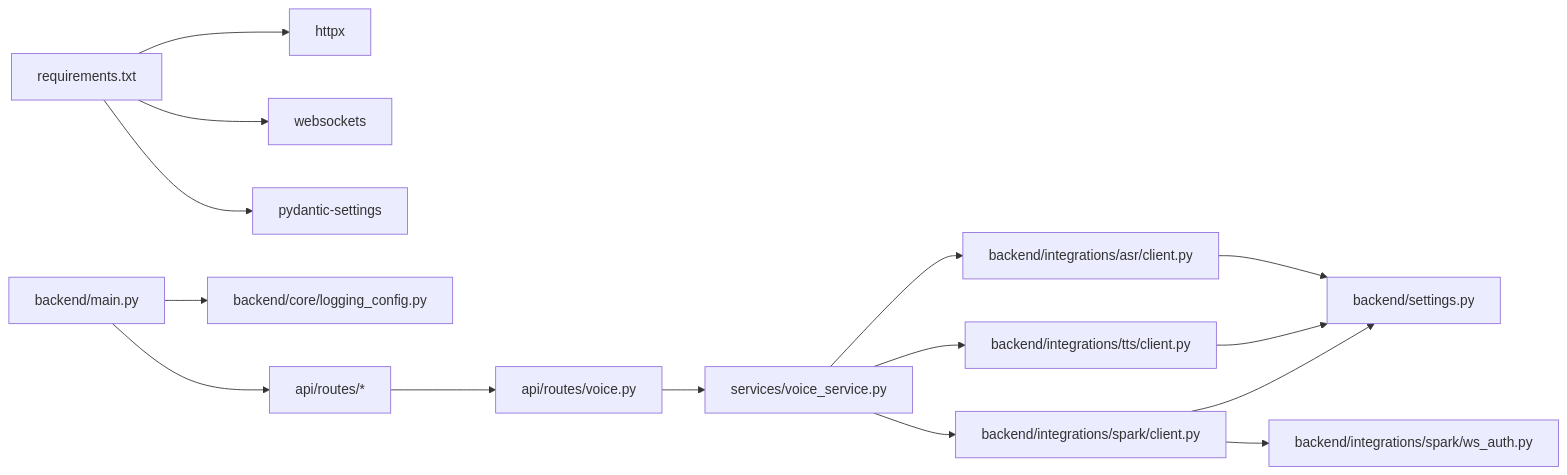
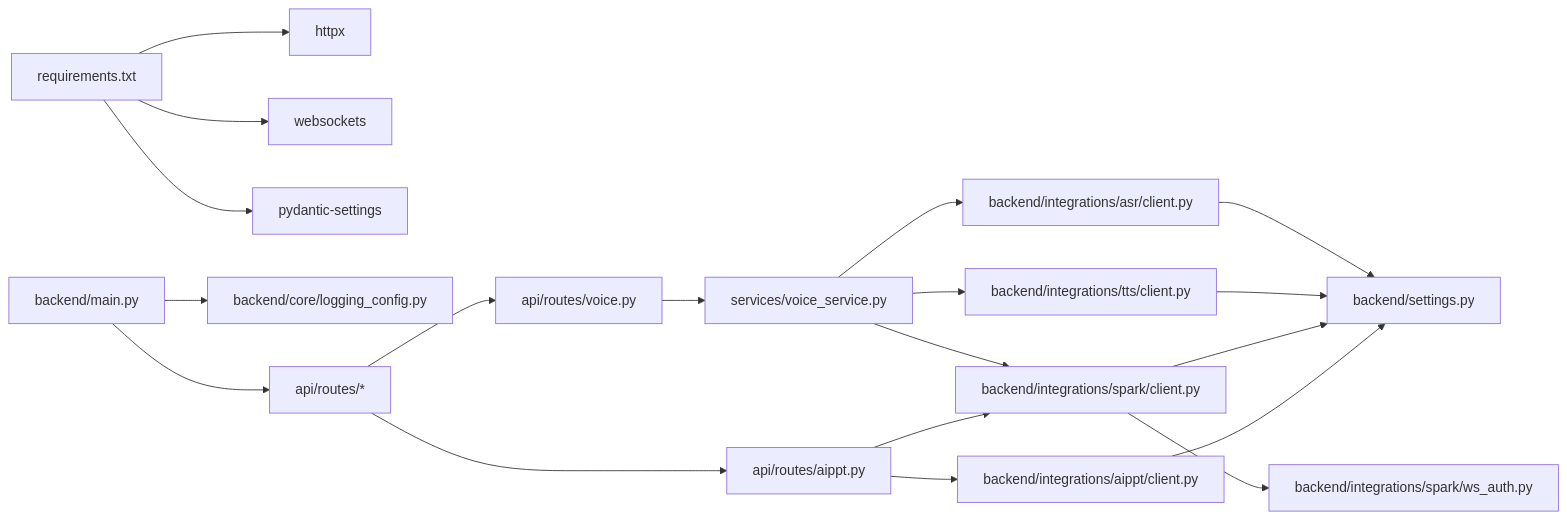
Before and after one commit to GZXchina/EduAgent: the seventh of 7 diagrams in .qoder/repowiki/zh/content/外部服务集成/外部服务集成.md, drawn with Mermaid. The commit also changed other lines of this file and 53 other files, not shown here.

Commit message:
feat: 思维导图改用 Markmap 交互式渲染 + 多项功能增强

````diff
--- a/.qoder/repowiki/zh/content/外部服务集成/外部服务集成.md
+++ b/.qoder/repowiki/zh/content/外部服务集成/外部服务集成.md
@@ -303,17 +343,21 @@
 ```mermaid
 graph LR
 REQ["requirements.txt"] --> HTTPX["httpx"]
 REQ --> WS["websockets"]
 REQ --> PSET["pydantic-settings"]
 MAIN["backend/main.py"] --> LOG["backend/core/logging_config.py"]
 MAIN --> ROUTES["api/routes/*"]
 ROUTES --> VOICE["api/routes/voice.py"]
+ROUTES --> AIPPT["api/routes/aippt.py"]
 VOICE --> VS["services/voice_service.py"]
 VS --> ASR["backend/integrations/asr/client.py"]
 VS --> TTS["backend/integrations/tts/client.py"]
 VS --> SPK["backend/integrations/spark/client.py"]
+AIPPT --> AIC["backend/integrations/aippt/client.py"]
+AIPPT --> SPK
 SPK --> WS_AUTH["backend/integrations/spark/ws_auth.py"]
 ASR --> SET["backend/settings.py"]
 TTS --> SET
 SPK --> SET
+AIC --> SET
 ```
````
